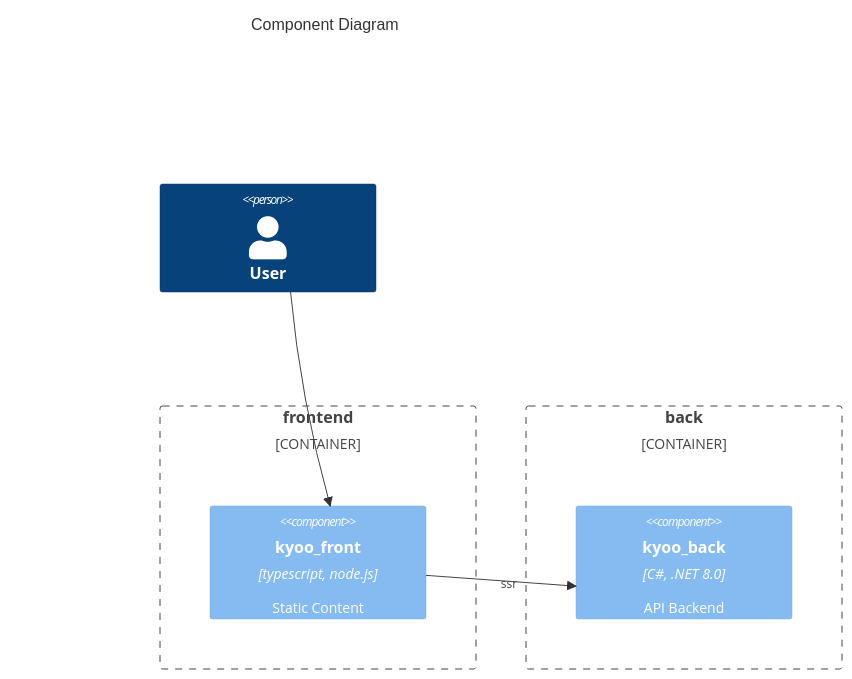
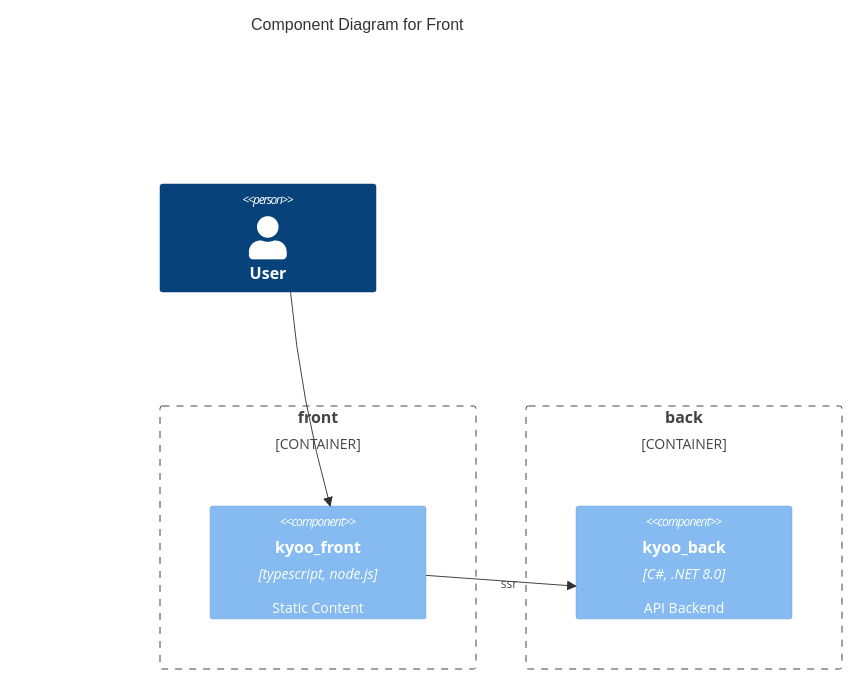
One commit to zoriya/Kyoo changed the sixth of 8 diagrams in DIAGRAMS.md. Above: the diagram before and after it, drawn with Mermaid. The commit also changed other lines of this file, not shown here.

````diff
--- a/DIAGRAMS.md
+++ b/DIAGRAMS.md
@@ -225,18 +208,17 @@
 ```mermaid
-  C4Component
-  title Component Diagram
+C4Component
   UpdateLayoutConfig($c4ShapeInRow="4", $c4BoundaryInRow="2")
 
+  title Component Diagram for Front
+
   Person(user, "User")
-
-  Container_Boundary(frontend, "frontend") {
+  Container_Boundary(frontend, "front") {
     Component(frontend_c1, "kyoo_front", "typescript, node.js", "Static Content")
   }
-
   Container_Boundary(backend, "back") {
     Component(backend_c2, "kyoo_back", "C#, .NET 8.0", "API Backend")
   }
 
   Rel(frontend_c1, backend_c2, "ssr")
   Rel(user, frontend_c1, "")
 ```
````
